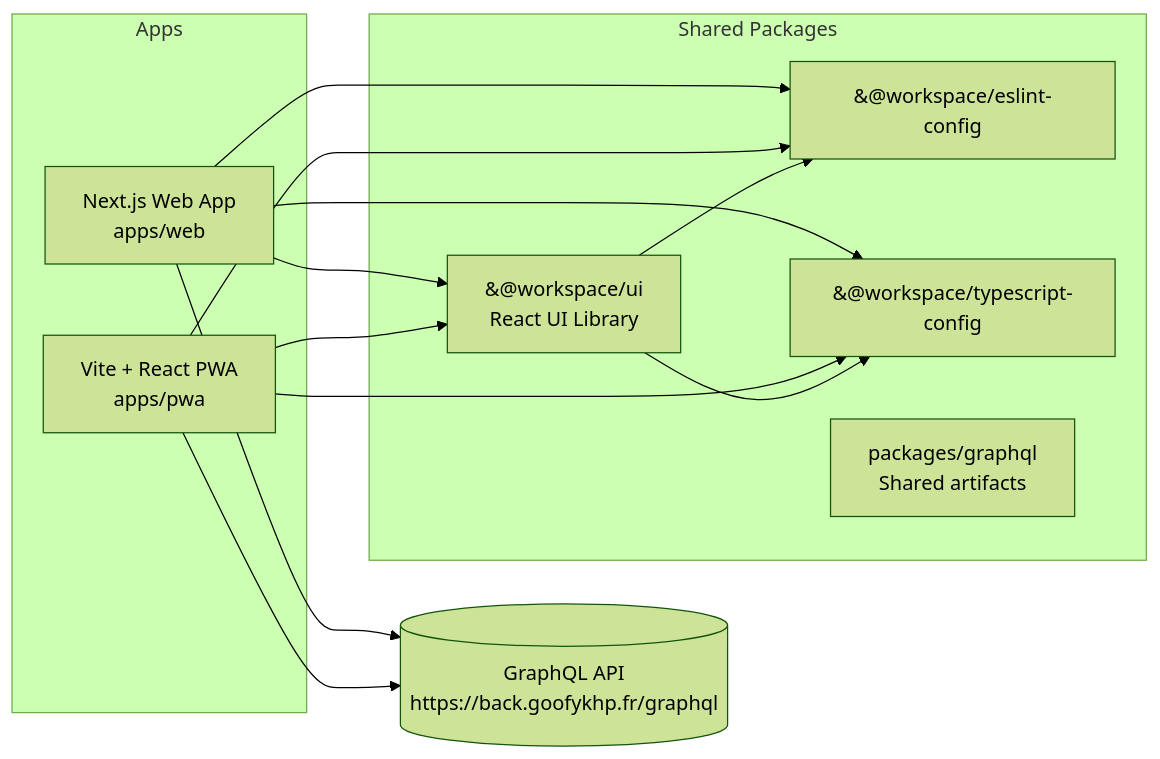
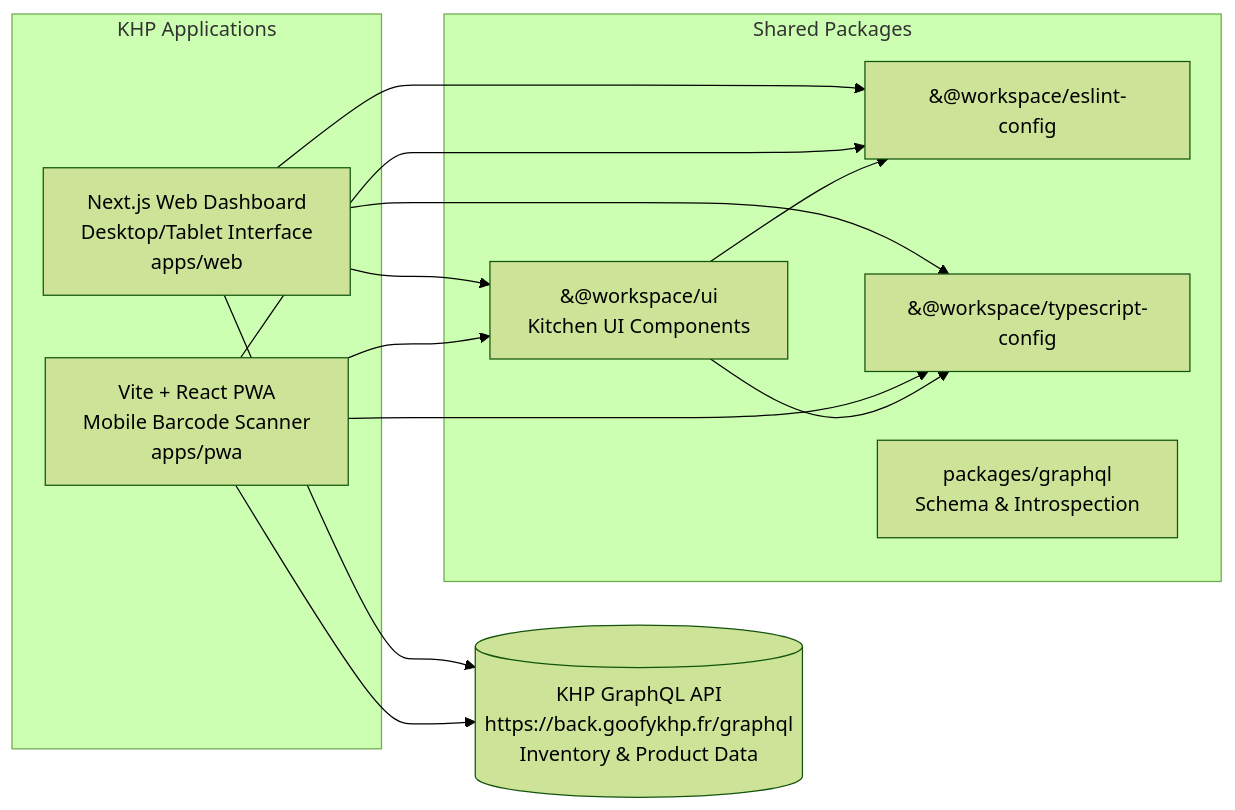
One commit to GoofyTeam/KHP-front changed the first of 3 diagrams in README.md. Above: the diagram before and after it, drawn with Mermaid (forest theme). The commit also changed other lines of this file and 1 other file, not shown here.

Commit message:
Update README to accurately describe KHP inventory management system

````diff
--- a/README.md
+++ b/README.md
@@ -18,27 +18,27 @@
 ```mermaid
 flowchart LR
-  subgraph Apps
-    Web[Next.js Web App<br/>apps/web]
-    PWA[Vite + React PWA<br/>apps/pwa]
+  subgraph Apps["KHP Applications"]
+    Web[Next.js Web Dashboard<br/>Desktop/Tablet Interface<br/>apps/web]
+    PWA[Vite + React PWA<br/>Mobile Barcode Scanner<br/>apps/pwa]
   end
 
   subgraph Shared Packages
-    UI[&#64;workspace/ui<br/>React UI Library]
+    UI[&#64;workspace/ui<br/>Kitchen UI Components]
     ESLint[&#64;workspace/eslint-config]
     TS[&#64;workspace/typescript-config]
-    GQL[packages/graphql<br/>Shared artifacts]
+    GQL[packages/graphql<br/>Schema & Introspection]
   end
 
-  Backend[(GraphQL API<br/>https://back.goofykhp.fr/graphql)]
+  Backend[(KHP GraphQL API<br/>https://back.goofykhp.fr/graphql<br/>Inventory & Product Data)]
 
   Web --> UI
   Web --> ESLint
   Web --> TS
   PWA --> UI
   PWA --> ESLint
   PWA --> TS
   UI --> ESLint
   UI --> TS
   Web --> Backend
   PWA --> Backend
 ```
````
